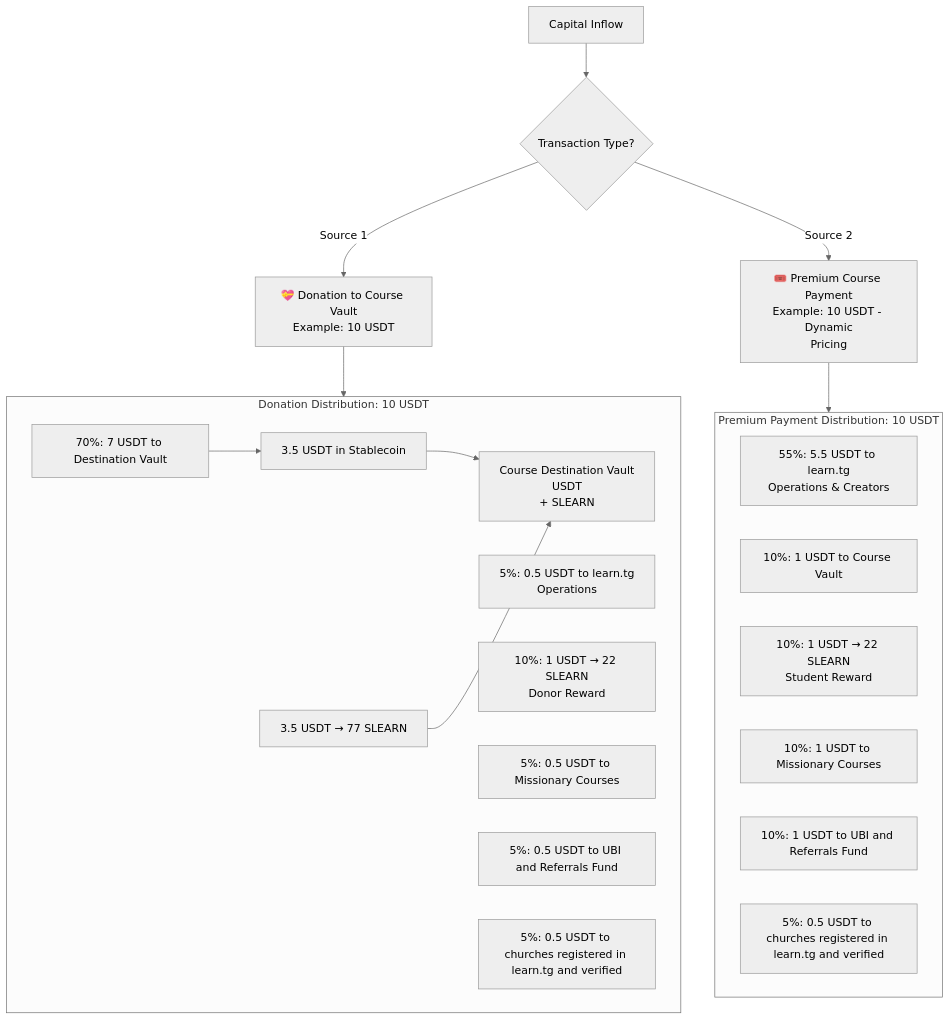
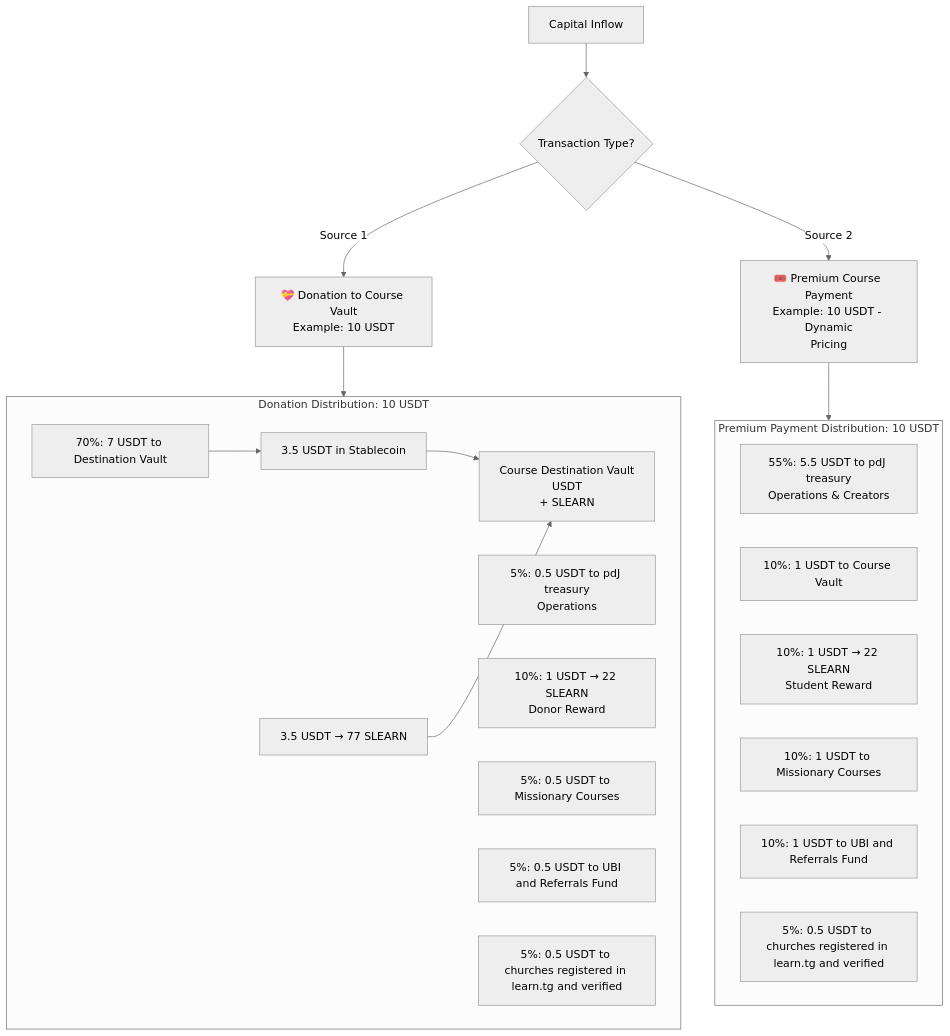
Before and after one commit to pasosdeJesus/learn.tg: the first of 2 diagrams in SLEARN-WHITEPAPER.md, drawn with Mermaid (neutral theme). The commit also changed other lines of this file, not shown here.

Commit message:
Update donation and premium payment distribution details

````diff
--- a/SLEARN-WHITEPAPER.md
+++ b/SLEARN-WHITEPAPER.md
@@ -83,35 +83,35 @@
 ```mermaid
 flowchart TB
     A[Capital Inflow] --> B{Transaction Type?}
     
     B -->|Source 1| C[💝 Donation to Course Vault<br>Example: 10 USDT]
     B -->|Source 2| D[🎟️ Premium Course Payment<br>Example: 10 USDT - Dynamic
 Pricing]
     
     C --> C1[Donation Distribution]
     D --> D1[Payment Distribution]
     
     subgraph C1 [Donation Distribution: 10 USDT]
         direction LR
         C1_1[70%: 7 USDT to Destination Vault] --> C1_1a
-        C1_2[5%: 0.5 USDT to learn.tg<br>Operations]
+        C1_2[5%: 0.5 USDT to pdJ treasury<br>Operations]
         C1_3[10%: 1 USDT → 22 SLEARN<br>Donor Reward]
         C1_4[5%: 0.5 USDT to Missionary Courses]
         C1_5[5%: 0.5 USDT to UBI and Referrals Fund]
         C1_6[5%: 0.5 USDT to churches registered in learn.tg and verified]
         
         C1_1a[3.5 USDT in Stablecoin] --> C1_1b[Course Destination Vault<br>USDT
 + SLEARN]
         C1_1a2[3.5 USDT → 77 SLEARN] --> C1_1b
     end
     
     subgraph D1 [Premium Payment Distribution: 10 USDT]
         direction LR
-        D1_1[55%: 5.5 USDT to learn.tg<br>Operations & Creators]
+        D1_1[55%: 5.5 USDT to pdJ treasury<br>Operations & Creators]
         D1_2[10%: 1 USDT to Course Vault]
         D1_3[10%: 1 USDT → 22 SLEARN<br>Student Reward]
         D1_4[10%: 1 USDT to Missionary Courses]
         D1_5[10%: 1 USDT to UBI and Referrals Fund]
         D1_6[5%: 0.5 USDT to churches registered in learn.tg and verified]
     end
 ```
````
